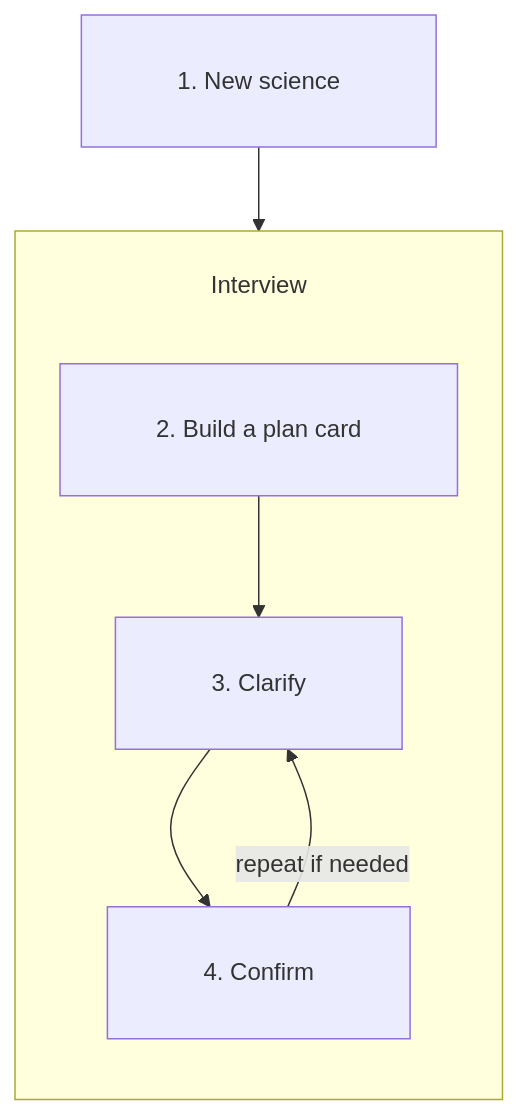
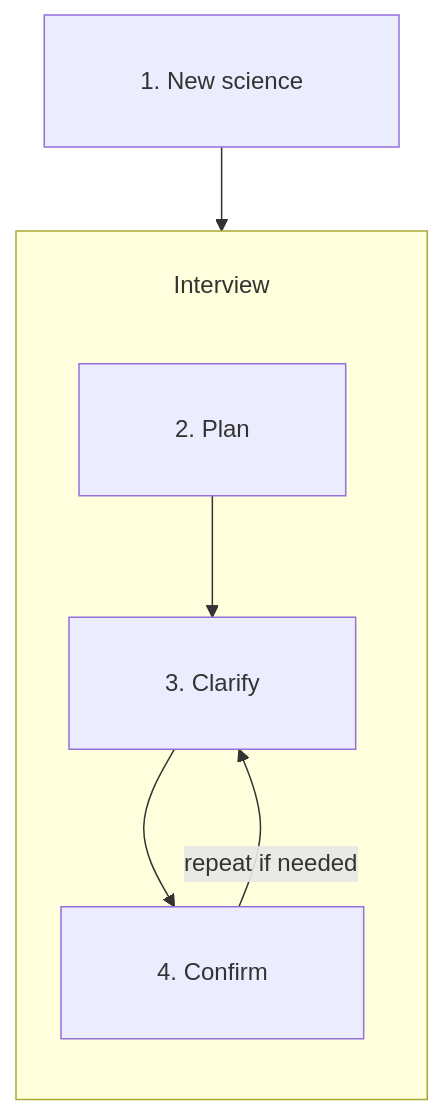
One commit to shahar-lab/shaharlab_ai_plugins changed the diagram in shaharlab-behavioral-data-analysis/flow.md. Above: the diagram before and after it, drawn with Mermaid. The commit also changed other lines of this file and 34 other files, not shown here.

````diff
--- a/shaharlab-behavioral-data-analysis/flow.md
+++ b/shaharlab-behavioral-data-analysis/flow.md
@@ -5,15 +5,15 @@
 ```mermaid
 %%{init: {"flowchart": {"subGraphTitleMargin": {"top": 24, "bottom": 24}, "padding": 32, "rankSpacing": 56, "nodeSpacing": 40}}}%%
 flowchart TD
   newScience["1. New science"]
   subgraph interview [Interview]
     direction TB
-    planCard["2. Build a plan card"]
+    planCard["2. Plan"]
     clarify["3. Clarify"]
     confirm["4. Confirm"]
     planCard --> clarify
     clarify --> confirm
     confirm -->|"repeat if needed"| clarify
   end
   newScience --> planCard
 ```
````
